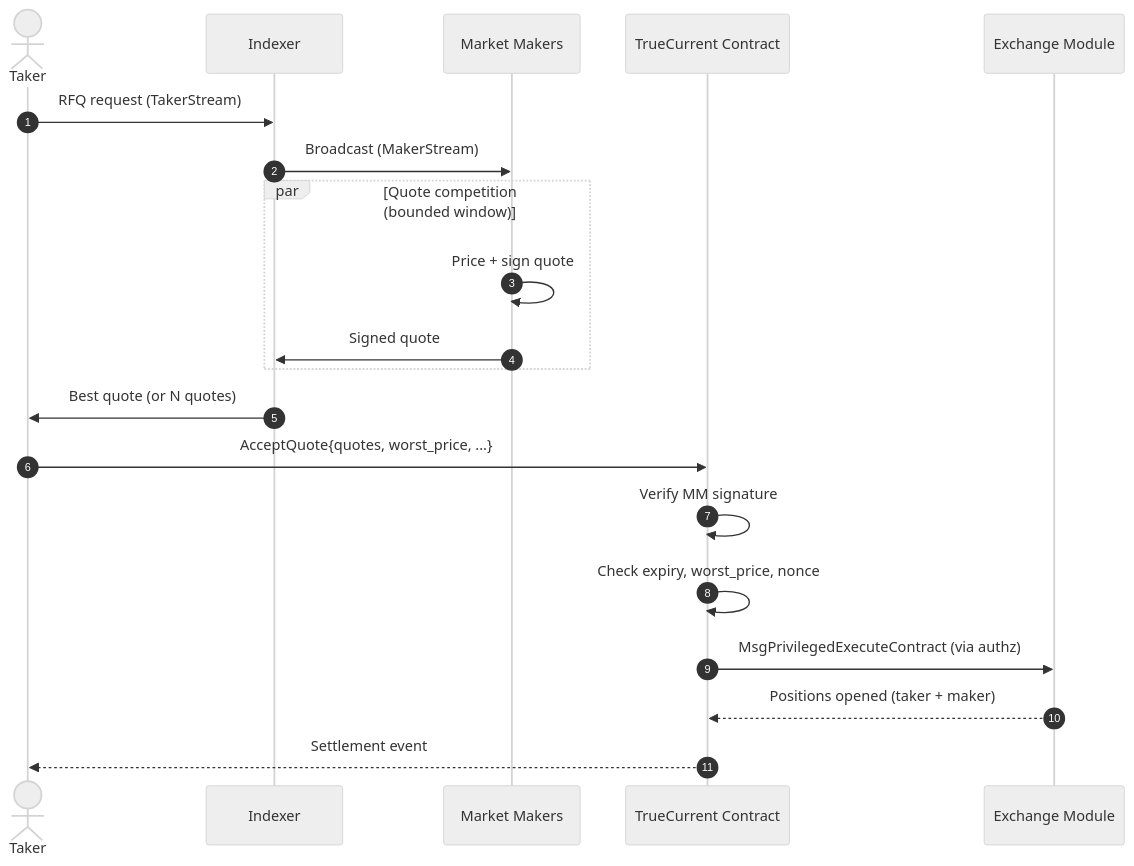
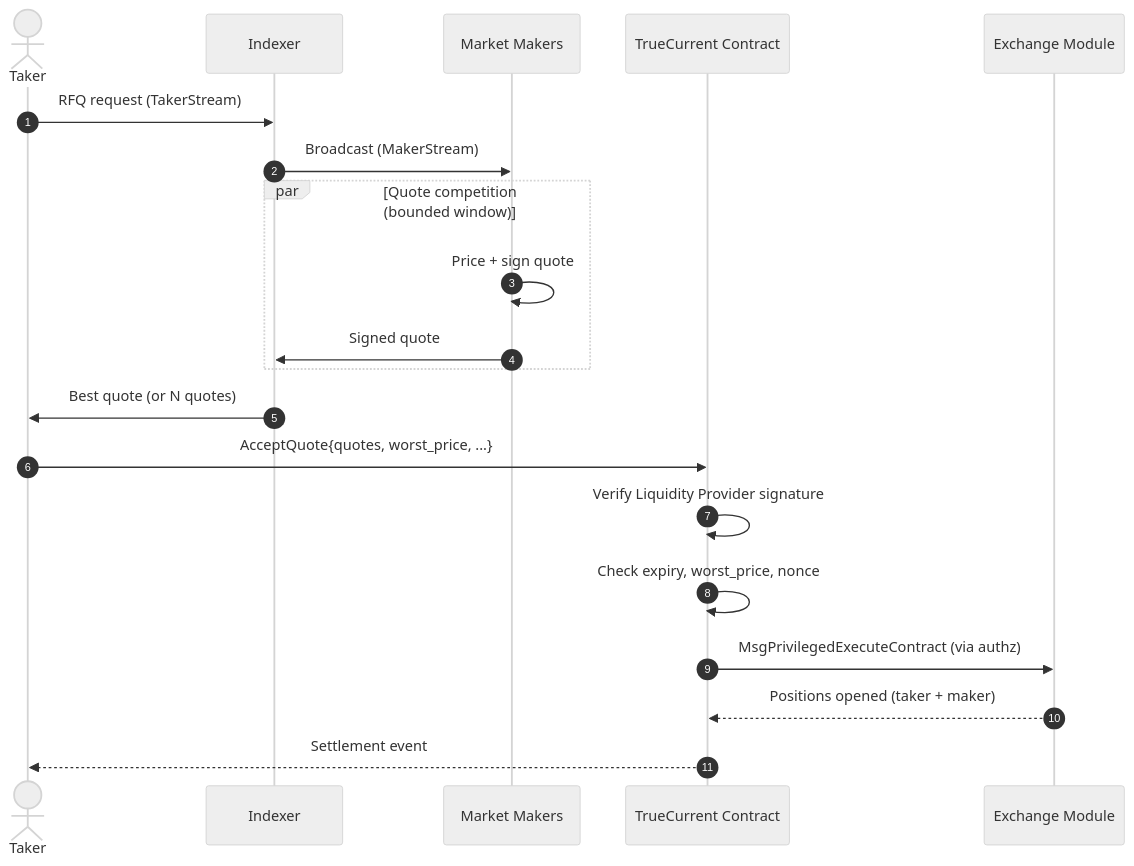
One commit to TrueCurrent/truecurrent-docs changed the second of 2 diagrams in mintlify/technical/architecture.md. Above: the diagram before and after it, drawn with Mermaid (neutral theme). The commit also changed other lines of this file and 11 other files, not shown here.

````diff
--- a/mintlify/technical/architecture.md
+++ b/mintlify/technical/architecture.md
@@ -84,26 +84,26 @@
 ```mermaid
 sequenceDiagram
     autonumber
     actor Taker
     participant Indexer
     participant MMs as Market Makers
     participant Contract as TrueCurrent Contract
     participant Exchange as Exchange Module
 
     Taker->>Indexer: RFQ request (TakerStream)
     Indexer->>MMs: Broadcast (MakerStream)
 
     par Quote competition<br/>(bounded window)
         MMs->>MMs: Price + sign quote
         MMs->>Indexer: Signed quote
     end
 
     Indexer->>Taker: Best quote (or N quotes)
     Taker->>Contract: AcceptQuote{quotes, worst_price, ...}
 
-    Contract->>Contract: Verify MM signature
+    Contract->>Contract: Verify Liquidity Provider signature
     Contract->>Contract: Check expiry, worst_price, nonce
     Contract->>Exchange: MsgPrivilegedExecuteContract (via authz)
     Exchange-->>Contract: Positions opened (taker + maker)
     Contract-->>Taker: Settlement event
 ```
````
